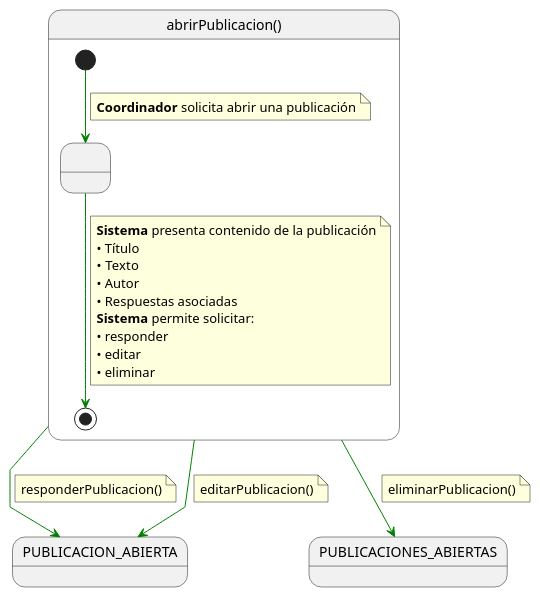
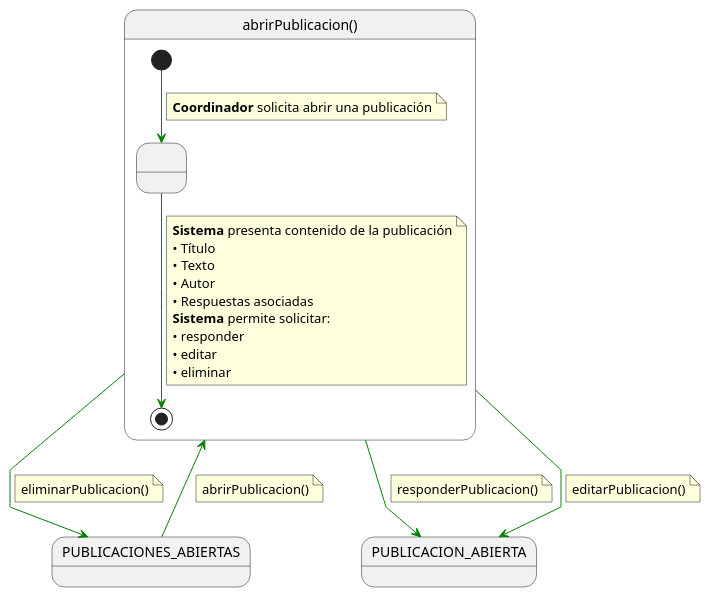
Before and after one commit to 31Diego/25-26-IdSw1-SdR: the diagram in documentación/CasosDeUso/Detalle/Coordinador/07-publicaciones/abrirPublicacion.puml, drawn with PlantUML. The commit also changed 95 other files, not shown here.

```diff
--- a/documentación/CasosDeUso/Detalle/Coordinador/07-publicaciones/abrirPublicacion.puml
+++ b/documentación/CasosDeUso/Detalle/Coordinador/07-publicaciones/abrirPublicacion.puml
@@ -1,43 +1,49 @@
 @startuml abrirPublicacion
 
 skinparam linetype polyline
 
 state abrirPublicacion as "abrirPublicacion()" {
 
     state " " as MostrandoPublicacion
 
     [*] -[#green]-> MostrandoPublicacion
     note on link
     <b>Coordinador</b> solicita abrir una publicación
     end note
 
     MostrandoPublicacion -[#green]-> [*]
     note on link
     <b>Sistema</b> presenta contenido de la publicación
     • Título
     • Texto
     • Autor
     • Respuestas asociadas
     <b>Sistema</b> permite solicitar:
     • responder
     • editar
     • eliminar
     end note
 }
 
+
+PUBLICACIONES_ABIERTAS -[#green]-> abrirPublicacion
+note on link
+abrirPublicacion()
+end note
+
 abrirPublicacion -[#green]-> PUBLICACION_ABIERTA
 note on link
 responderPublicacion()
 end note
 
 abrirPublicacion -[#green]-> PUBLICACION_ABIERTA
 note on link
 editarPublicacion()
 end note
 
 abrirPublicacion -[#green]-> PUBLICACIONES_ABIERTAS
 note on link
 eliminarPublicacion()
 end note
 
 @enduml
```
